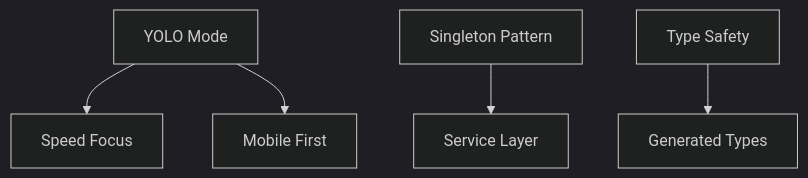
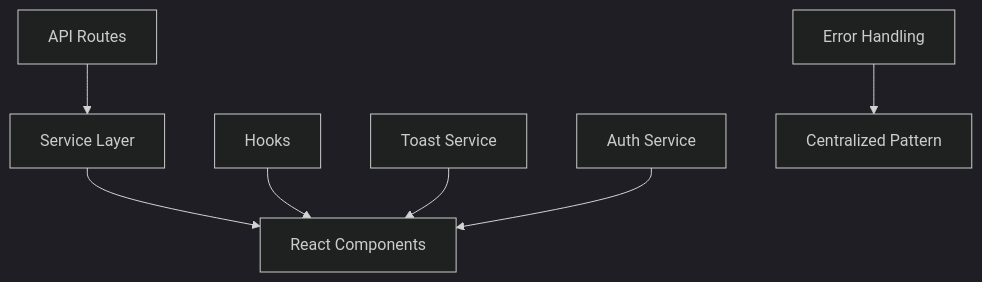
The diagram in .cursor/rules/pointme-rules.mdc (mkshadyf/pointmebooking), drawn with Mermaid (dark theme) before and after one commit. The commit also changed other lines of this file and 85 other files, not shown here.

First line of the commit message:
Refactor Authentication and Onboarding Flow with Enhanced Error Handling

````diff
--- a/.cursor/rules/pointme-rules.mdc
+++ b/.cursor/rules/pointme-rules.mdc
@@ -14,7 +16,9 @@
 ```mermaid
 graph TD
-    A[YOLO Mode] --> B[Speed Focus]
-    A --> C[Mobile First]
-    D[Singleton Pattern] --> E[Service Layer]
-    F[Type Safety] --> G[Generated Types]
+    A[Service Layer] --> B[React Components]
+    C[Hooks] --> B
+    D[API Routes] --> A
+    E[Toast Service] --> B
+    F[Auth Service] --> B
+    G[Error Handling] --> H[Centralized Pattern]
 ```
````
